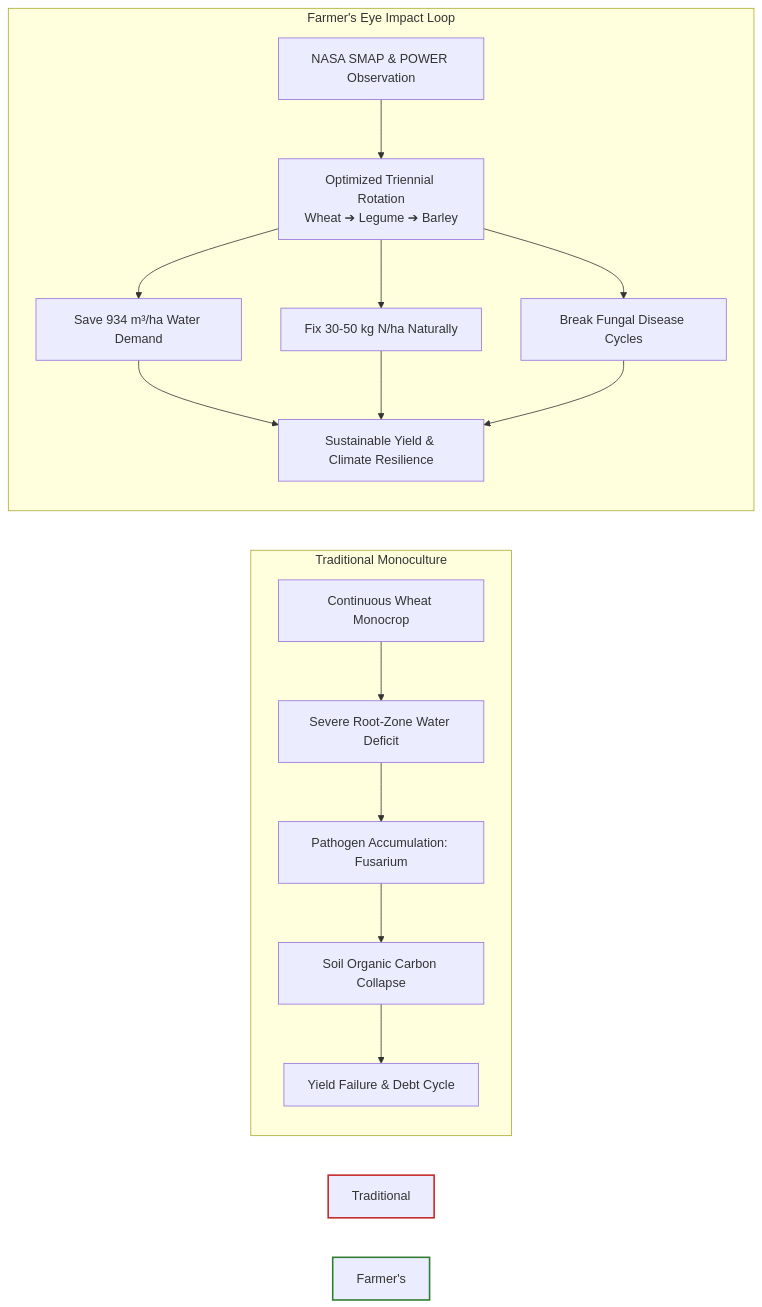
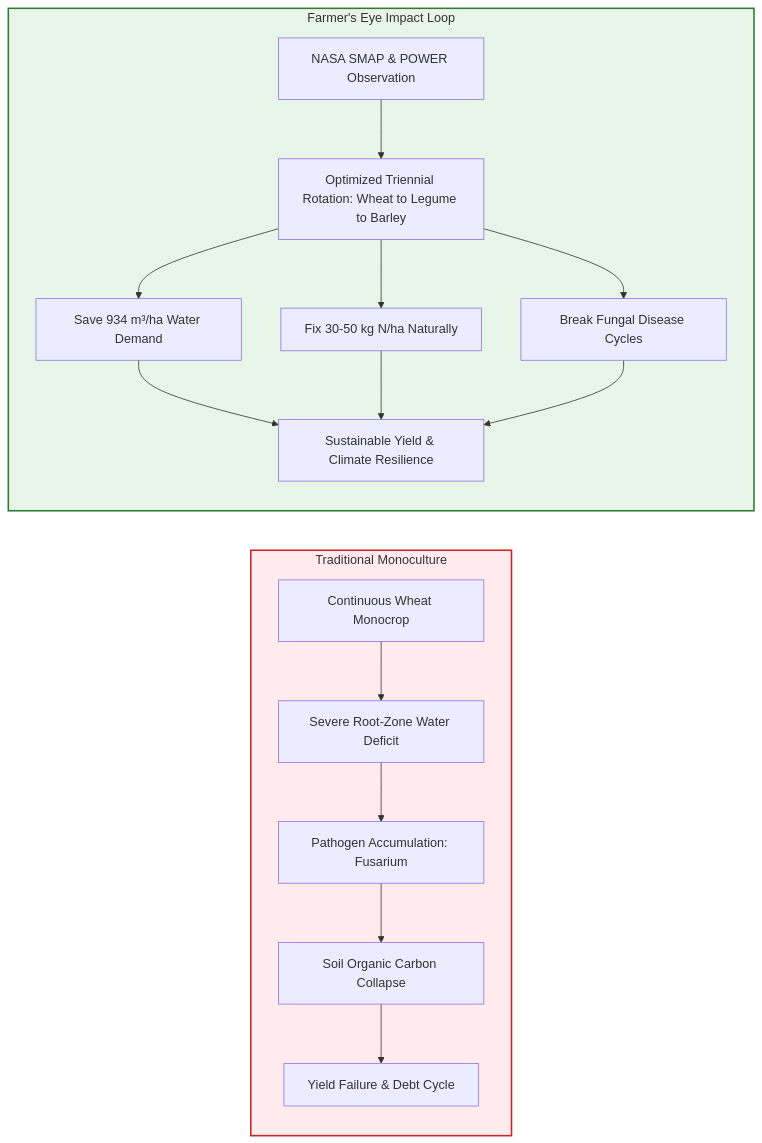
The first of 3 diagrams in docs/IMPACT.md (zoubaax/Nasa-space-apps), drawn with Mermaid before and after one commit. The commit also changed other lines of this file and 6 other files, not shown here.

Commit message:
refactor: quote mermaid node labels and fix subgraph identifiers in documentation

````diff
--- a/docs/IMPACT.md
+++ b/docs/IMPACT.md
@@ -21,20 +21,20 @@
 ```mermaid
 flowchart LR
-    subgraph Traditional Monoculture
-        M1[Continuous Wheat Monocrop] --> M2[Severe Root-Zone Water Deficit]
-        M2 --> M3[Pathogen Accumulation: Fusarium]
-        M3 --> M4[Soil Organic Carbon Collapse]
-        M4 --> M5[Yield Failure & Debt Cycle]
+    subgraph TraditionalMono["Traditional Monoculture"]
+        M1["Continuous Wheat Monocrop"] --> M2["Severe Root-Zone Water Deficit"]
+        M2 --> M3["Pathogen Accumulation: Fusarium"]
+        M3 --> M4["Soil Organic Carbon Collapse"]
+        M4 --> M5["Yield Failure & Debt Cycle"]
     end
 
-    subgraph Farmer's Eye Impact Loop
-        F1[NASA SMAP & POWER Observation] --> F2[Optimized Triennial Rotation\nWheat ➔ Legume ➔ Barley]
-        F2 --> F3[Save 934 m³/ha Water Demand]
-        F2 --> F4[Fix 30-50 kg N/ha Naturally]
-        F2 --> F5[Break Fungal Disease Cycles]
-        F3 & F4 & F5 --> F6[Sustainable Yield & Climate Resilience]
+    subgraph FarmersEyeLoop["Farmer's Eye Impact Loop"]
+        F1["NASA SMAP & POWER Observation"] --> F2["Optimized Triennial Rotation: Wheat to Legume to Barley"]
+        F2 --> F3["Save 934 m³/ha Water Demand"]
+        F2 --> F4["Fix 30-50 kg N/ha Naturally"]
+        F2 --> F5["Break Fungal Disease Cycles"]
+        F3 & F4 & F5 --> F6["Sustainable Yield & Climate Resilience"]
     end
 
-    style Traditional Monoculture fill:#ffebee,stroke:#c62828,stroke-width:2px
-    style Farmer's Eye Impact Loop fill:#e8f5e9,stroke:#2e7d32,stroke-width:2px
+    style TraditionalMono fill:#ffebee,stroke:#c62828,stroke-width:2px
+    style FarmersEyeLoop fill:#e8f5e9,stroke:#2e7d32,stroke-width:2px
 ```
````
